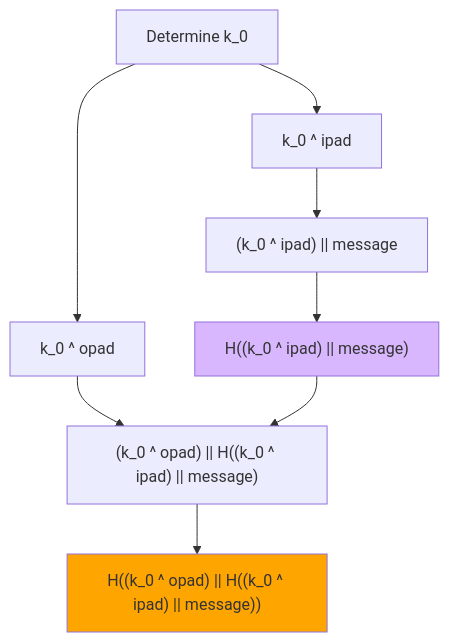
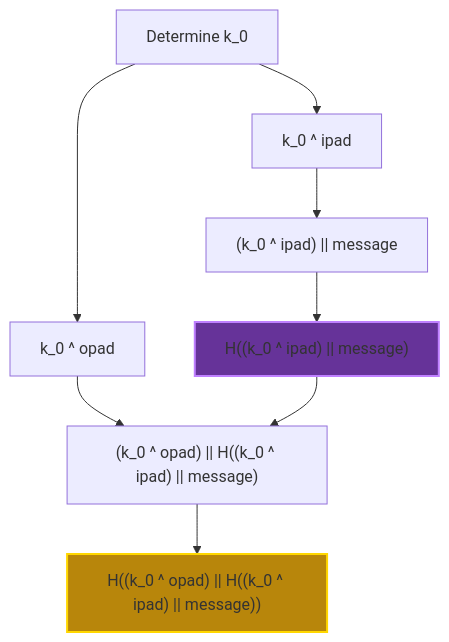
Before and after one commit to o1-labs-XT/hmac-sha256-o1js: the diagram in README.md, drawn with Mermaid.

Commit message:
adjust diagram colors in README

````diff
--- a/README.md
+++ b/README.md
@@ -26,17 +26,17 @@
 ```mermaid
 flowchart TD
     K0[Determine k_0] --> K0_ipad[k_0 ^ ipad]
     K0_ipad --> concat1["(k_0 ^ ipad) || message"]
     concat1 --> hash1["H((k_0 ^ ipad) || message)"]
-
+    
     K0 --> K0_opad[k_0 ^ opad]
-
+    
     K0_opad --> concat2["(k_0 ^ opad) || H((k_0 ^ ipad) || message)"]
     hash1 --> concat2
     concat2 --> final["H((k_0 ^ opad) || H((k_0 ^ ipad) || message))"]
-
-    classDef hashFunction fill:#d8b7ff;
+    
+    classDef hashFunction fill:#663399,stroke:#bf80ff,stroke-width:2px;
     class hash1 hashFunction;
-    classDef finalHash fill:#FFA500;
+    classDef finalHash fill:#b8860b,stroke:#ffd700,stroke-width:2px;
     class final finalHash;
 ```
````
